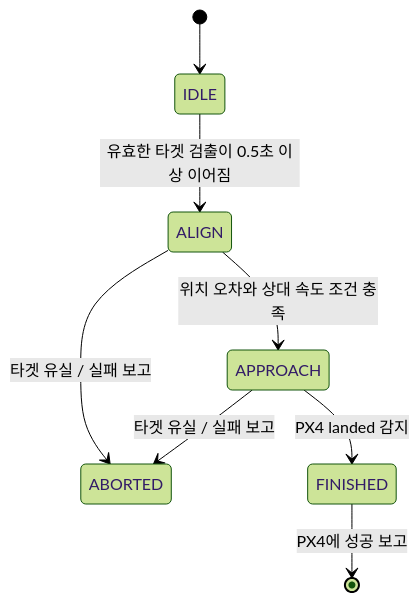
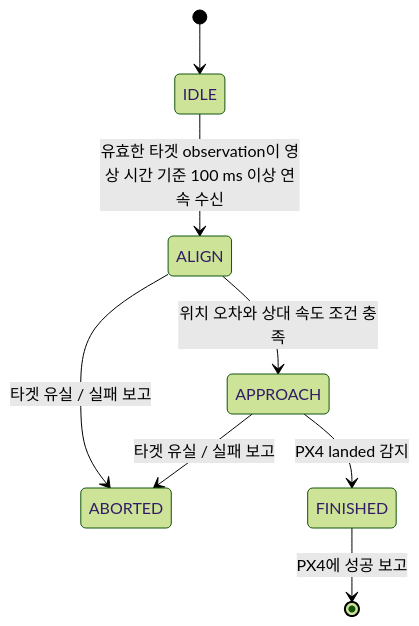
Before and after one commit to IN-AIR-KR/precision-landing: the second of 3 diagrams in README.md, drawn with Mermaid (forest theme). The commit also changed 2 other files, not shown here.

Commit message:
fix(control): confirm target observations for 100ms before alignment

````diff
--- a/README.md
+++ b/README.md
@@ -90,10 +90,10 @@
 ```mermaid
 stateDiagram-v2
     [*] --> IDLE
-    IDLE --> ALIGN: 유효한 타겟 검출이 0.5초 이상 이어짐
+    IDLE --> ALIGN: 유효한 타겟 observation이 영상 시간 기준 100 ms 이상 연속 수신
     ALIGN --> APPROACH: 위치 오차와 상대 속도 조건 충족
     ALIGN --> ABORTED: 타겟 유실 / 실패 보고
     APPROACH --> ABORTED: 타겟 유실 / 실패 보고
     APPROACH --> FINISHED: PX4 landed 감지
     FINISHED --> [*]: PX4에 성공 보고
 ```
````
